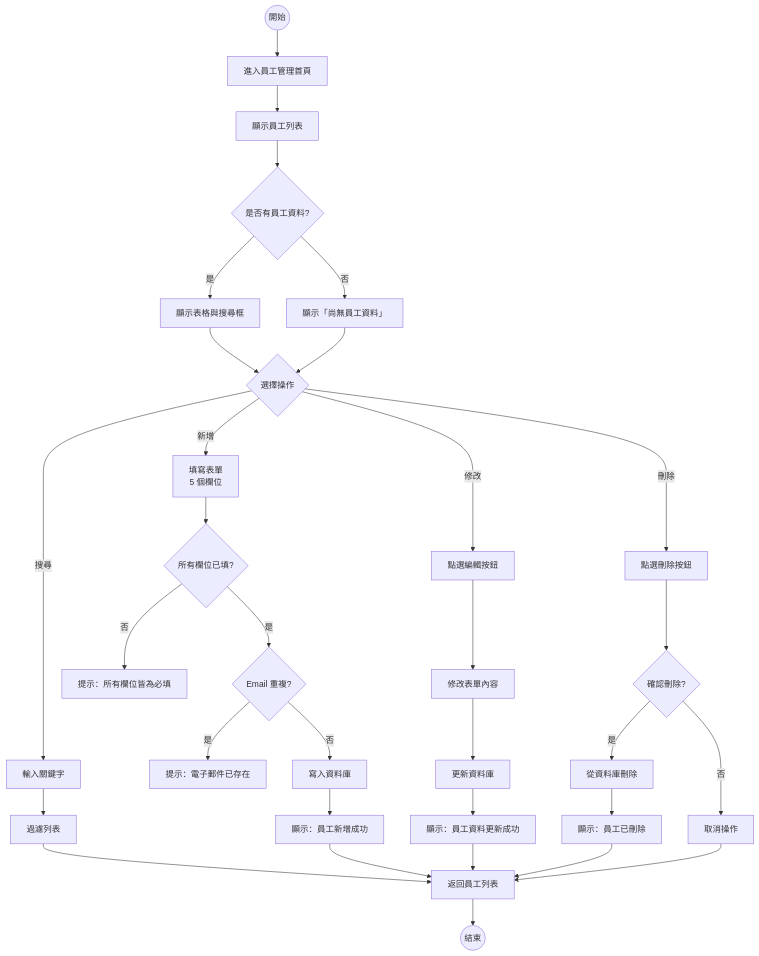
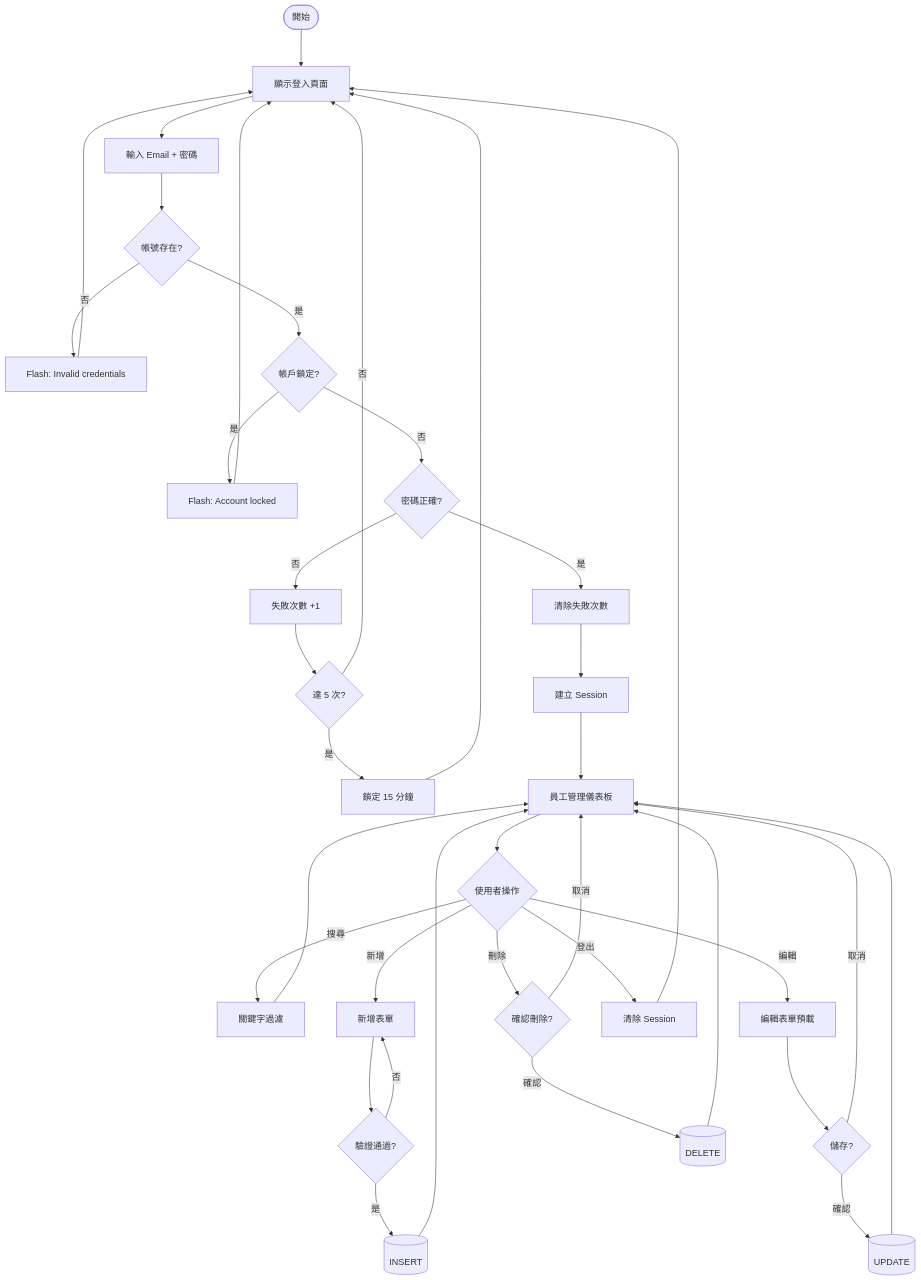
One commit to JengFeng/SSDLC-Skill changed the diagram in demo_project/02_system_design/outputs/activity_diagram.md. Above: the diagram before and after it, drawn with Mermaid. The commit also changed other lines of this file and 66 other files, not shown here.

````diff
--- a/demo_project/02_system_design/outputs/activity_diagram.md
+++ b/demo_project/02_system_design/outputs/activity_diagram.md
@@ -3,39 +5,41 @@
 ```mermaid
+%%{init: {"flowchart": {"nodeSpacing": 60, "rankSpacing": 70, "padding": 20}, "themeVariables": {"fontSize": "17px", "fontFamily": "Inter, Noto Sans TC, sans-serif"}}}%%
 flowchart TD
-    START((開始)) --> ENTER[進入員工管理首頁]
-    ENTER --> LIST[顯示員工列表]
-    LIST --> CHECK{是否有員工資料?}
-    CHECK -->|是| TABLE[顯示表格與搜尋框]
-    CHECK -->|否| EMPTY[顯示「尚無員工資料」]
-    TABLE --> CHOICE{選擇操作}
-    EMPTY --> CHOICE
+    START([開始]) --> LOGIN_PAGE[顯示登入頁面]
+    LOGIN_PAGE --> INPUT[輸入 Email + 密碼]
+    INPUT --> CHECK_USER{帳號存在?}
+    CHECK_USER -->|否| FLASH1[Flash: Invalid credentials]
+    FLASH1 --> LOGIN_PAGE
+    CHECK_USER -->|是| CHECK_LOCK{帳戶鎖定?}
+    CHECK_LOCK -->|是| FLASH2[Flash: Account locked]
+    FLASH2 --> LOGIN_PAGE
+    CHECK_LOCK -->|否| CHECK_PWD{密碼正確?}
+    CHECK_PWD -->|否| INC_ATTEMPT[失敗次數 +1]
+    INC_ATTEMPT --> CHECK_ATTEMPTS{達 5 次?}
+    CHECK_ATTEMPTS -->|是| SET_LOCK[鎖定 15 分鐘]
+    SET_LOCK --> LOGIN_PAGE
+    CHECK_ATTEMPTS -->|否| LOGIN_PAGE
+    CHECK_PWD -->|是| RESET_ATTEMPTS[清除失敗次數]
+    RESET_ATTEMPTS --> SET_SESSION[建立 Session]
+    SET_SESSION --> DASHBOARD[員工管理儀表板]
 
-    CHOICE -->|搜尋| SEARCH[輸入關鍵字]
-    SEARCH --> FILTER[過濾列表]
-    FILTER --> RETURN[返回員工列表]
-
-    CHOICE -->|新增| ADDFORM[填寫表單<br/>5 個欄位]
-    ADDFORM --> VALIDATE{所有欄位已填?}
-    VALIDATE -->|否| ERR_REQUIRED[提示：所有欄位皆為必填]
-    VALIDATE -->|是| DUPCHECK{Email 重複?}
-    DUPCHECK -->|是| ERR_DUP[提示：電子郵件已存在]
-    DUPCHECK -->|否| INSERT[寫入資料庫]
-    INSERT --> OK_ADD[顯示：員工新增成功]
-    OK_ADD --> RETURN
-
-    CHOICE -->|修改| EDITCLICK[點選編輯按鈕]
-    EDITCLICK --> EDITFORM[修改表單內容]
-    EDITFORM --> UPDATE[更新資料庫]
-    UPDATE --> OK_EDIT[顯示：員工資料更新成功]
-    OK_EDIT --> RETURN
-
-    CHOICE -->|刪除| DELCLICK[點選刪除按鈕]
-    DELCLICK --> CONFIRM{確認刪除?}
-    CONFIRM -->|是| DELETE[從資料庫刪除]
-    DELETE --> OK_DEL[顯示：員工已刪除]
-    CONFIRM -->|否| CANCEL[取消操作]
-    OK_DEL --> RETURN
-    CANCEL --> RETURN
-
-    RETURN --> END((結束))
+    DASHBOARD --> CHOICE{使用者操作}
+    CHOICE -->|搜尋| SEARCH[關鍵字過濾]
+    SEARCH --> DASHBOARD
+    CHOICE -->|新增| ADD_FORM[新增表單]
+    ADD_FORM --> VALIDATE{驗證通過?}
+    VALIDATE -->|否| ADD_FORM
+    VALIDATE -->|是| INSERT[(INSERT)]
+    INSERT --> DASHBOARD
+    CHOICE -->|編輯| EDIT_FORM[編輯表單預載]
+    EDIT_FORM --> EDIT_SAVE{儲存?}
+    EDIT_SAVE -->|取消| DASHBOARD
+    EDIT_SAVE -->|確認| UPDATE[(UPDATE)]
+    UPDATE --> DASHBOARD
+    CHOICE -->|刪除| CONFIRM_DEL{確認刪除?}
+    CONFIRM_DEL -->|取消| DASHBOARD
+    CONFIRM_DEL -->|確認| DELETE_RECORD[(DELETE)]
+    DELETE_RECORD --> DASHBOARD
+    CHOICE -->|登出| LOGOUT[清除 Session]
+    LOGOUT --> LOGIN_PAGE
 ```
````
